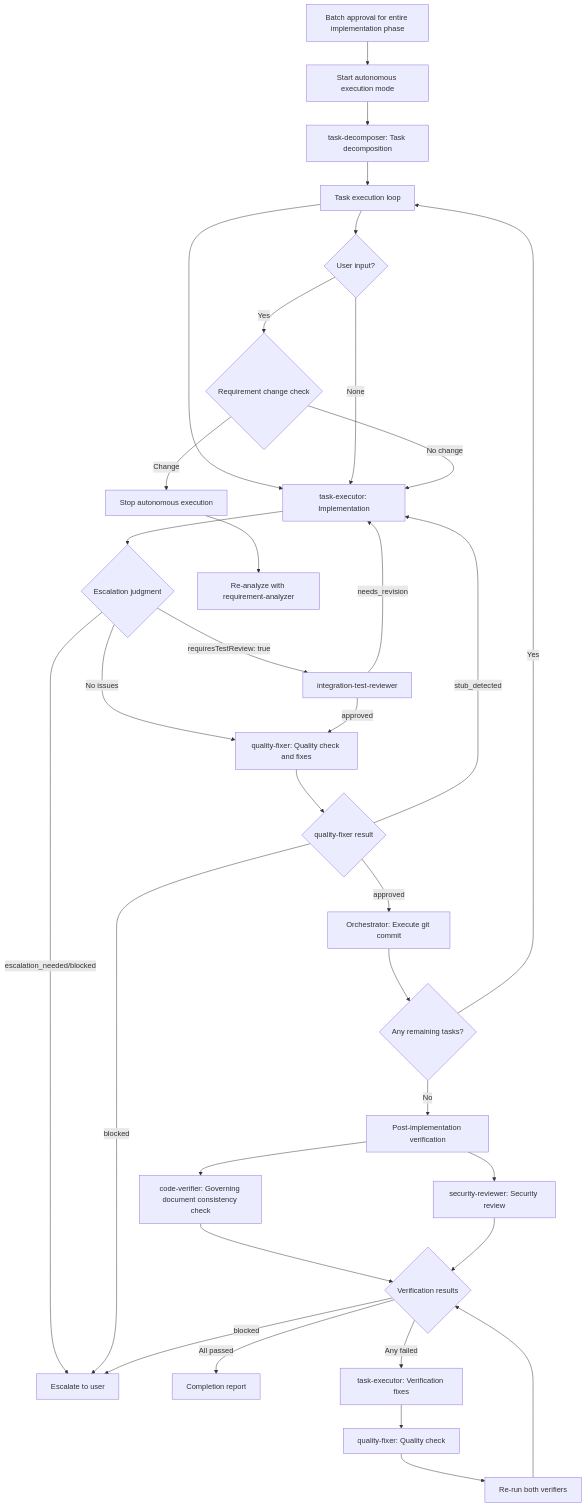
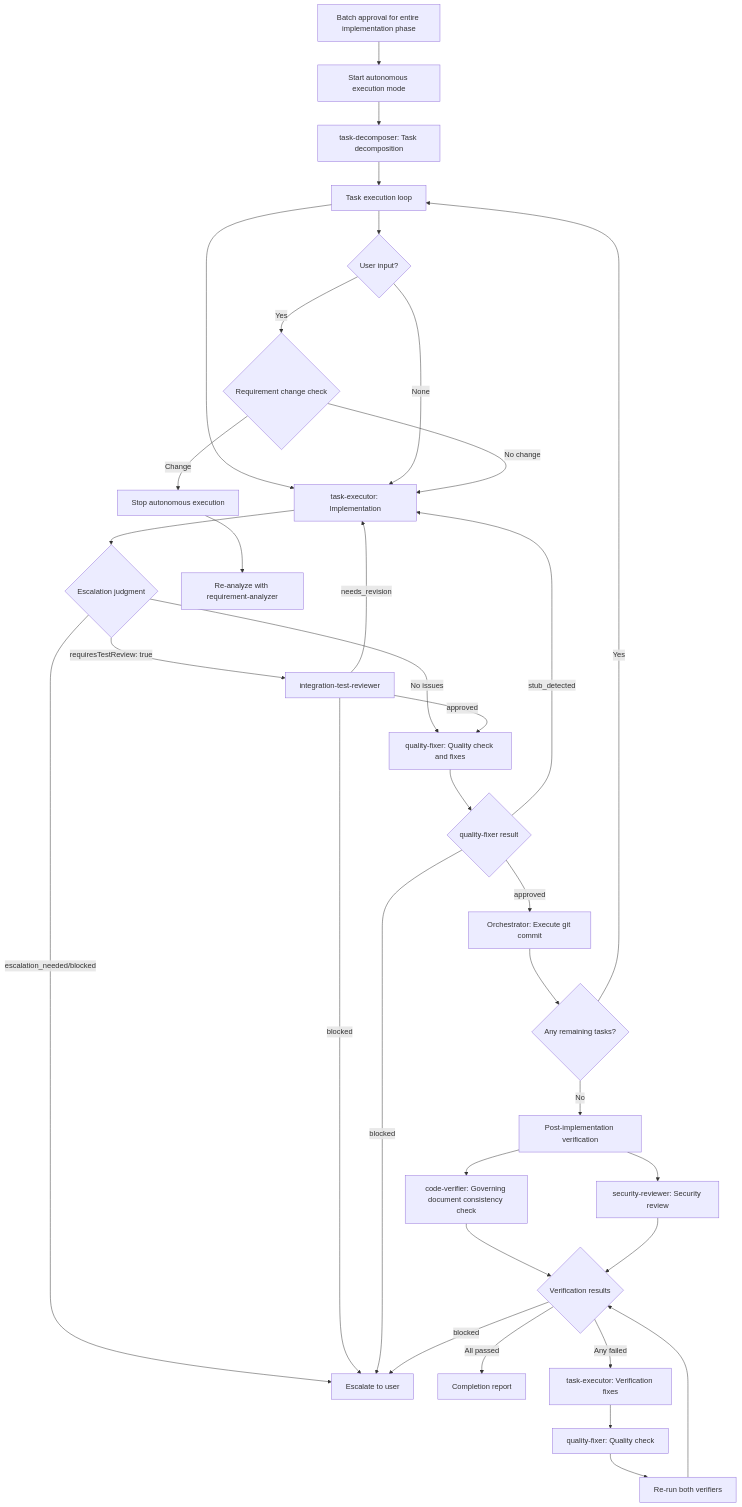
One commit to shinpr/claude-code-workflows changed the diagram in skills/subagents-orchestration-guide/SKILL.md. Above: the diagram before and after it, drawn with Mermaid. The commit also changed other lines of this file and 62 other files, not shown here.

````diff
--- a/skills/subagents-orchestration-guide/SKILL.md
+++ b/skills/subagents-orchestration-guide/SKILL.md
@@ -245,37 +245,38 @@
 ```mermaid
 graph TD
     START[Batch approval for entire implementation phase] --> AUTO[Start autonomous execution mode]
     AUTO --> TD[task-decomposer: Task decomposition]
     TD --> LOOP[Task execution loop]
     LOOP --> TE[task-executor: Implementation]
     TE --> ESCJUDGE{Escalation judgment}
     ESCJUDGE -->|escalation_needed/blocked| USERESC[Escalate to user]
     ESCJUDGE -->|requiresTestReview: true| ITR[integration-test-reviewer]
     ESCJUDGE -->|No issues| QF
     ITR -->|needs_revision| TE
     ITR -->|approved| QF
+    ITR -->|blocked| USERESC
     QF[quality-fixer: Quality check and fixes] --> QFJUDGE{quality-fixer result}
     QFJUDGE -->|stub_detected| TE
     QFJUDGE -->|approved| COMMIT[Orchestrator: Execute git commit]
     QFJUDGE -->|blocked| USERESC
     COMMIT --> CHECK{Any remaining tasks?}
     CHECK -->|Yes| LOOP
     CHECK -->|No| VERIFY[Post-implementation verification]
     VERIFY --> CV[code-verifier: Governing document consistency check]
     VERIFY --> SEC[security-reviewer: Security review]
     CV --> VRESULT{Verification results}
     SEC --> VRESULT
     VRESULT -->|All passed| REPORT[Completion report]
     VRESULT -->|Any failed| VFIX[task-executor: Verification fixes]
     VFIX --> QF2[quality-fixer: Quality check]
     QF2 --> REVERIFY[Re-run both verifiers]
     REVERIFY --> VRESULT
     VRESULT -->|blocked| USERESC
 
     LOOP --> INTERRUPT{User input?}
     INTERRUPT -->|None| TE
     INTERRUPT -->|Yes| REQCHECK{Requirement change check}
     REQCHECK -->|No change| TE
     REQCHECK -->|Change| STOP[Stop autonomous execution]
     STOP --> RA[Re-analyze with requirement-analyzer]
 ```
````
